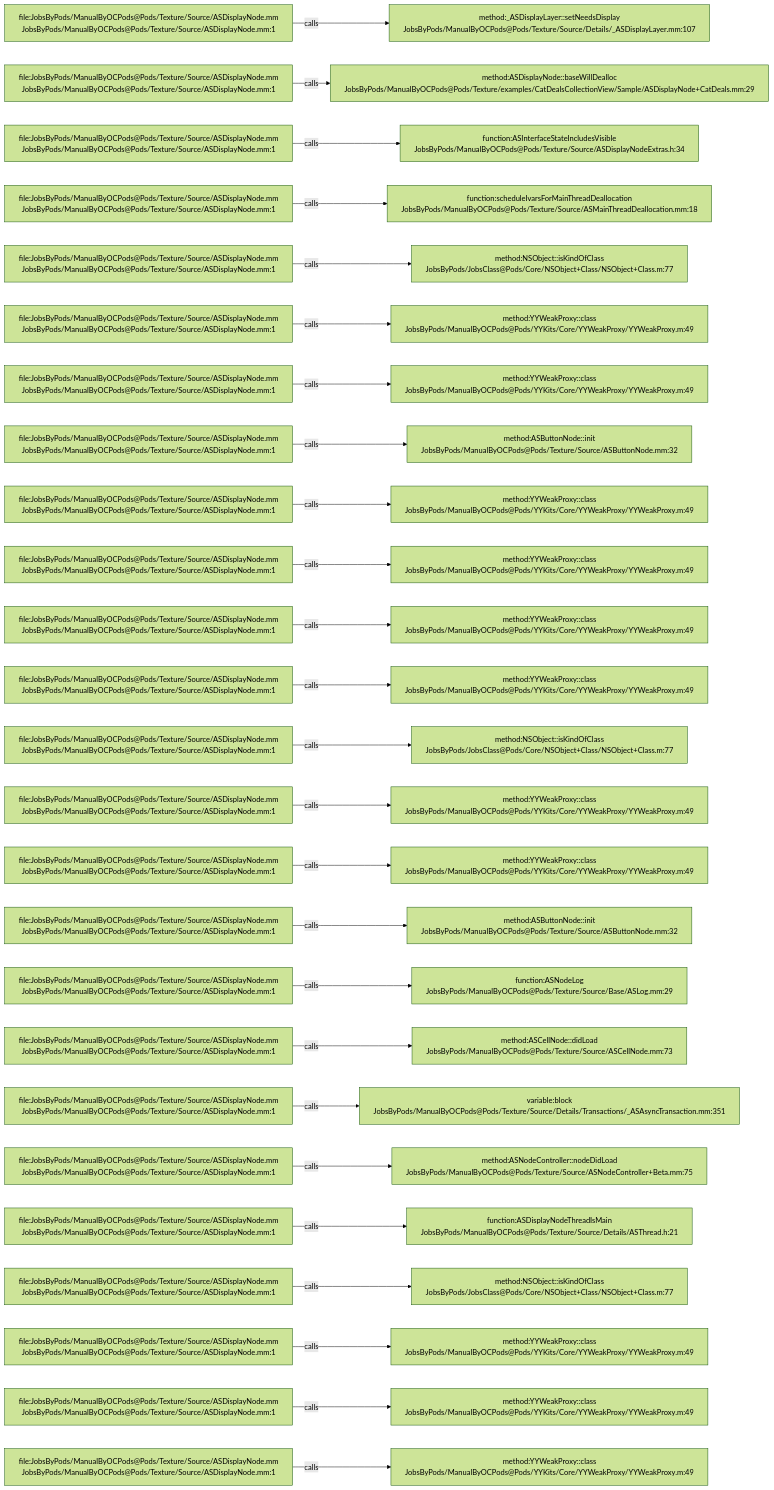
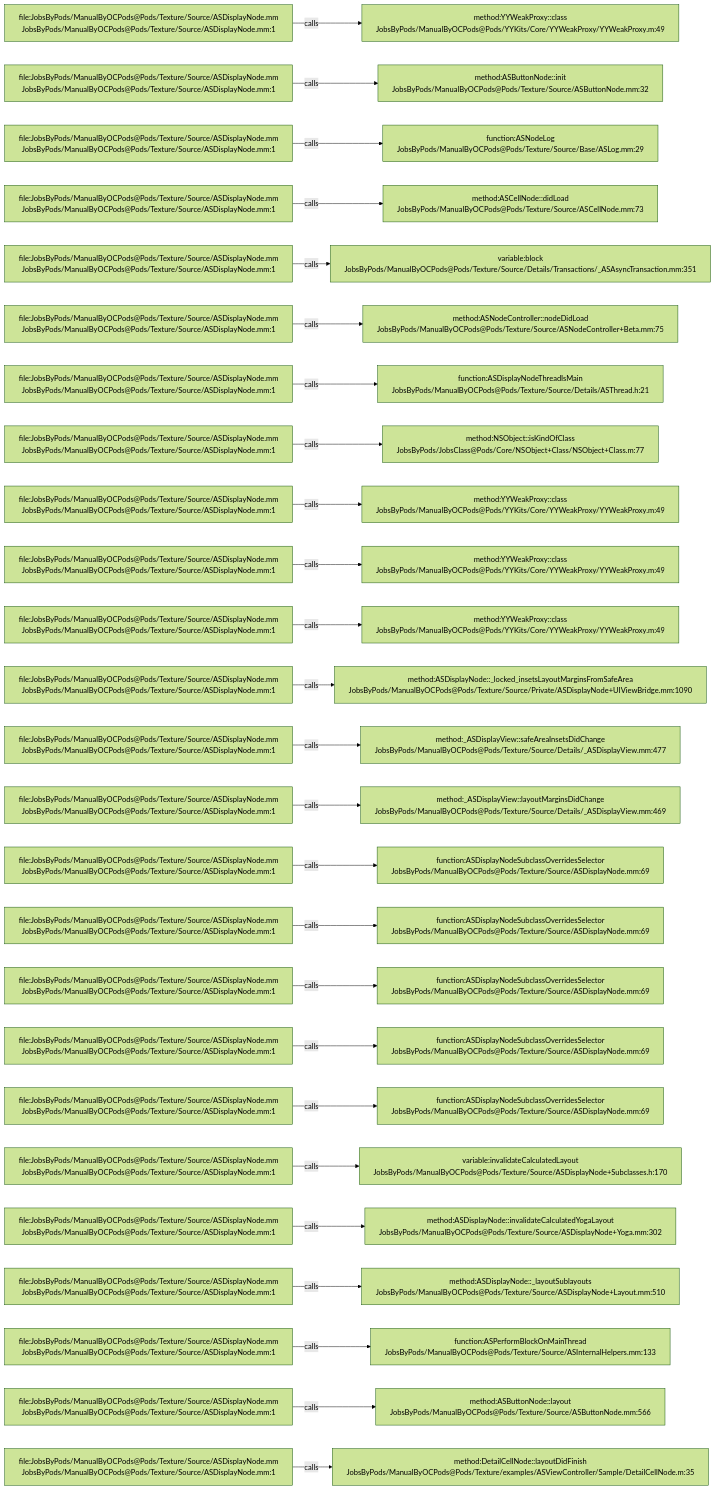
The diagram in .codegraph/codegraph.md/graphs/calls-099.md (JobsKits/JobsOCBaseConfigDemo), drawn with Mermaid (forest theme) before and after one commit. The commit also changed 296 other files, not shown here.

````diff
--- a/.codegraph/codegraph.md/graphs/calls-099.md
+++ b/.codegraph/codegraph.md/graphs/calls-099.md
@@ -13,78 +13,78 @@
 ```mermaid
 flowchart LR
   S1["file:JobsByPods/ManualByOCPods@Pods/Texture/Source/ASDisplayNode.mm<br/>JobsByPods/ManualByOCPods@Pods/Texture/Source/ASDisplayNode.mm:1"]
-  T1["method:_ASDisplayLayer::setNeedsDisplay<br/>JobsByPods/ManualByOCPods@Pods/Texture/Source/Details/_ASDisplayLayer.mm:107"]
+  T1["method:YYWeakProxy::class<br/>JobsByPods/ManualByOCPods@Pods/YYKits/Core/YYWeakProxy/YYWeakProxy.m:49"]
   S1 -->|calls| T1
   S2["file:JobsByPods/ManualByOCPods@Pods/Texture/Source/ASDisplayNode.mm<br/>JobsByPods/ManualByOCPods@Pods/Texture/Source/ASDisplayNode.mm:1"]
-  T2["method:ASDisplayNode::baseWillDealloc<br/>JobsByPods/ManualByOCPods@Pods/Texture/examples/CatDealsCollectionView/Sample/ASDisplayNode+CatDeals.mm:29"]
+  T2["method:ASButtonNode::init<br/>JobsByPods/ManualByOCPods@Pods/Texture/Source/ASButtonNode.mm:32"]
   S2 -->|calls| T2
   S3["file:JobsByPods/ManualByOCPods@Pods/Texture/Source/ASDisplayNode.mm<br/>JobsByPods/ManualByOCPods@Pods/Texture/Source/ASDisplayNode.mm:1"]
-  T3["function:ASInterfaceStateIncludesVisible<br/>JobsByPods/ManualByOCPods@Pods/Texture/Source/ASDisplayNodeExtras.h:34"]
+  T3["function:ASNodeLog<br/>JobsByPods/ManualByOCPods@Pods/Texture/Source/Base/ASLog.mm:29"]
   S3 -->|calls| T3
   S4["file:JobsByPods/ManualByOCPods@Pods/Texture/Source/ASDisplayNode.mm<br/>JobsByPods/ManualByOCPods@Pods/Texture/Source/ASDisplayNode.mm:1"]
-  T4["function:scheduleIvarsForMainThreadDeallocation<br/>JobsByPods/ManualByOCPods@Pods/Texture/Source/ASMainThreadDeallocation.mm:18"]
+  T4["method:ASCellNode::didLoad<br/>JobsByPods/ManualByOCPods@Pods/Texture/Source/ASCellNode.mm:73"]
   S4 -->|calls| T4
   S5["file:JobsByPods/ManualByOCPods@Pods/Texture/Source/ASDisplayNode.mm<br/>JobsByPods/ManualByOCPods@Pods/Texture/Source/ASDisplayNode.mm:1"]
-  T5["method:NSObject::isKindOfClass<br/>JobsByPods/JobsClass@Pods/Core/NSObject+Class/NSObject+Class.m:77"]
+  T5["variable:block<br/>JobsByPods/ManualByOCPods@Pods/Texture/Source/Details/Transactions/_ASAsyncTransaction.mm:351"]
   S5 -->|calls| T5
   S6["file:JobsByPods/ManualByOCPods@Pods/Texture/Source/ASDisplayNode.mm<br/>JobsByPods/ManualByOCPods@Pods/Texture/Source/ASDisplayNode.mm:1"]
-  T6["method:YYWeakProxy::class<br/>JobsByPods/ManualByOCPods@Pods/YYKits/Core/YYWeakProxy/YYWeakProxy.m:49"]
+  T6["method:ASNodeController::nodeDidLoad<br/>JobsByPods/ManualByOCPods@Pods/Texture/Source/ASNodeController+Beta.mm:75"]
   S6 -->|calls| T6
   S7["file:JobsByPods/ManualByOCPods@Pods/Texture/Source/ASDisplayNode.mm<br/>JobsByPods/ManualByOCPods@Pods/Texture/Source/ASDisplayNode.mm:1"]
-  T7["method:YYWeakProxy::class<br/>JobsByPods/ManualByOCPods@Pods/YYKits/Core/YYWeakProxy/YYWeakProxy.m:49"]
+  T7["function:ASDisplayNodeThreadIsMain<br/>JobsByPods/ManualByOCPods@Pods/Texture/Source/Details/ASThread.h:21"]
   S7 -->|calls| T7
   S8["file:JobsByPods/ManualByOCPods@Pods/Texture/Source/ASDisplayNode.mm<br/>JobsByPods/ManualByOCPods@Pods/Texture/Source/ASDisplayNode.mm:1"]
-  T8["method:ASButtonNode::init<br/>JobsByPods/ManualByOCPods@Pods/Texture/Source/ASButtonNode.mm:32"]
+  T8["method:NSObject::isKindOfClass<br/>JobsByPods/JobsClass@Pods/Core/NSObject+Class/NSObject+Class.m:77"]
   S8 -->|calls| T8
   S9["file:JobsByPods/ManualByOCPods@Pods/Texture/Source/ASDisplayNode.mm<br/>JobsByPods/ManualByOCPods@Pods/Texture/Source/ASDisplayNode.mm:1"]
   T9["method:YYWeakProxy::class<br/>JobsByPods/ManualByOCPods@Pods/YYKits/Core/YYWeakProxy/YYWeakProxy.m:49"]
   S9 -->|calls| T9
   S10["file:JobsByPods/ManualByOCPods@Pods/Texture/Source/ASDisplayNode.mm<br/>JobsByPods/ManualByOCPods@Pods/Texture/Source/ASDisplayNode.mm:1"]
   T10["method:YYWeakProxy::class<br/>JobsByPods/ManualByOCPods@Pods/YYKits/Core/YYWeakProxy/YYWeakProxy.m:49"]
   S10 -->|calls| T10
   S11["file:JobsByPods/ManualByOCPods@Pods/Texture/Source/ASDisplayNode.mm<br/>JobsByPods/ManualByOCPods@Pods/Texture/Source/ASDisplayNode.mm:1"]
   T11["method:YYWeakProxy::class<br/>JobsByPods/ManualByOCPods@Pods/YYKits/Core/YYWeakProxy/YYWeakProxy.m:49"]
   S11 -->|calls| T11
   S12["file:JobsByPods/ManualByOCPods@Pods/Texture/Source/ASDisplayNode.mm<br/>JobsByPods/ManualByOCPods@Pods/Texture/Source/ASDisplayNode.mm:1"]
-  T12["method:YYWeakProxy::class<br/>JobsByPods/ManualByOCPods@Pods/YYKits/Core/YYWeakProxy/YYWeakProxy.m:49"]
+  T12["method:ASDisplayNode::_locked_insetsLayoutMarginsFromSafeArea<br/>JobsByPods/ManualByOCPods@Pods/Texture/Source/Private/ASDisplayNode+UIViewBridge.mm:1090"]
   S12 -->|calls| T12
   S13["file:JobsByPods/ManualByOCPods@Pods/Texture/Source/ASDisplayNode.mm<br/>JobsByPods/ManualByOCPods@Pods/Texture/Source/ASDisplayNode.mm:1"]
-  T13["method:NSObject::isKindOfClass<br/>JobsByPods/JobsClass@Pods/Core/NSObject+Class/NSObject+Class.m:77"]
+  T13["method:_ASDisplayView::safeAreaInsetsDidChange<br/>JobsByPods/ManualByOCPods@Pods/Texture/Source/Details/_ASDisplayView.mm:477"]
   S13 -->|calls| T13
   S14["file:JobsByPods/ManualByOCPods@Pods/Texture/Source/ASDisplayNode.mm<br/>JobsByPods/ManualByOCPods@Pods/Texture/Source/ASDisplayNode.mm:1"]
-  T14["method:YYWeakProxy::class<br/>JobsByPods/ManualByOCPods@Pods/YYKits/Core/YYWeakProxy/YYWeakProxy.m:49"]
+  T14["method:_ASDisplayView::layoutMarginsDidChange<br/>JobsByPods/ManualByOCPods@Pods/Texture/Source/Details/_ASDisplayView.mm:469"]
   S14 -->|calls| T14
   S15["file:JobsByPods/ManualByOCPods@Pods/Texture/Source/ASDisplayNode.mm<br/>JobsByPods/ManualByOCPods@Pods/Texture/Source/ASDisplayNode.mm:1"]
-  T15["method:YYWeakProxy::class<br/>JobsByPods/ManualByOCPods@Pods/YYKits/Core/YYWeakProxy/YYWeakProxy.m:49"]
+  T15["function:ASDisplayNodeSubclassOverridesSelector<br/>JobsByPods/ManualByOCPods@Pods/Texture/Source/ASDisplayNode.mm:69"]
   S15 -->|calls| T15
   S16["file:JobsByPods/ManualByOCPods@Pods/Texture/Source/ASDisplayNode.mm<br/>JobsByPods/ManualByOCPods@Pods/Texture/Source/ASDisplayNode.mm:1"]
-  T16["method:ASButtonNode::init<br/>JobsByPods/ManualByOCPods@Pods/Texture/Source/ASButtonNode.mm:32"]
+  T16["function:ASDisplayNodeSubclassOverridesSelector<br/>JobsByPods/ManualByOCPods@Pods/Texture/Source/ASDisplayNode.mm:69"]
   S16 -->|calls| T16
   S17["file:JobsByPods/ManualByOCPods@Pods/Texture/Source/ASDisplayNode.mm<br/>JobsByPods/ManualByOCPods@Pods/Texture/Source/ASDisplayNode.mm:1"]
-  T17["function:ASNodeLog<br/>JobsByPods/ManualByOCPods@Pods/Texture/Source/Base/ASLog.mm:29"]
+  T17["function:ASDisplayNodeSubclassOverridesSelector<br/>JobsByPods/ManualByOCPods@Pods/Texture/Source/ASDisplayNode.mm:69"]
   S17 -->|calls| T17
   S18["file:JobsByPods/ManualByOCPods@Pods/Texture/Source/ASDisplayNode.mm<br/>JobsByPods/ManualByOCPods@Pods/Texture/Source/ASDisplayNode.mm:1"]
-  T18["method:ASCellNode::didLoad<br/>JobsByPods/ManualByOCPods@Pods/Texture/Source/ASCellNode.mm:73"]
+  T18["function:ASDisplayNodeSubclassOverridesSelector<br/>JobsByPods/ManualByOCPods@Pods/Texture/Source/ASDisplayNode.mm:69"]
   S18 -->|calls| T18
   S19["file:JobsByPods/ManualByOCPods@Pods/Texture/Source/ASDisplayNode.mm<br/>JobsByPods/ManualByOCPods@Pods/Texture/Source/ASDisplayNode.mm:1"]
-  T19["variable:block<br/>JobsByPods/ManualByOCPods@Pods/Texture/Source/Details/Transactions/_ASAsyncTransaction.mm:351"]
+  T19["function:ASDisplayNodeSubclassOverridesSelector<br/>JobsByPods/ManualByOCPods@Pods/Texture/Source/ASDisplayNode.mm:69"]
   S19 -->|calls| T19
   S20["file:JobsByPods/ManualByOCPods@Pods/Texture/Source/ASDisplayNode.mm<br/>JobsByPods/ManualByOCPods@Pods/Texture/Source/ASDisplayNode.mm:1"]
-  T20["method:ASNodeController::nodeDidLoad<br/>JobsByPods/ManualByOCPods@Pods/Texture/Source/ASNodeController+Beta.mm:75"]
+  T20["variable:invalidateCalculatedLayout<br/>JobsByPods/ManualByOCPods@Pods/Texture/Source/ASDisplayNode+Subclasses.h:170"]
   S20 -->|calls| T20
   S21["file:JobsByPods/ManualByOCPods@Pods/Texture/Source/ASDisplayNode.mm<br/>JobsByPods/ManualByOCPods@Pods/Texture/Source/ASDisplayNode.mm:1"]
-  T21["function:ASDisplayNodeThreadIsMain<br/>JobsByPods/ManualByOCPods@Pods/Texture/Source/Details/ASThread.h:21"]
+  T21["method:ASDisplayNode::invalidateCalculatedYogaLayout<br/>JobsByPods/ManualByOCPods@Pods/Texture/Source/ASDisplayNode+Yoga.mm:302"]
   S21 -->|calls| T21
   S22["file:JobsByPods/ManualByOCPods@Pods/Texture/Source/ASDisplayNode.mm<br/>JobsByPods/ManualByOCPods@Pods/Texture/Source/ASDisplayNode.mm:1"]
-  T22["method:NSObject::isKindOfClass<br/>JobsByPods/JobsClass@Pods/Core/NSObject+Class/NSObject+Class.m:77"]
+  T22["method:ASDisplayNode::_layoutSublayouts<br/>JobsByPods/ManualByOCPods@Pods/Texture/Source/ASDisplayNode+Layout.mm:510"]
   S22 -->|calls| T22
   S23["file:JobsByPods/ManualByOCPods@Pods/Texture/Source/ASDisplayNode.mm<br/>JobsByPods/ManualByOCPods@Pods/Texture/Source/ASDisplayNode.mm:1"]
-  T23["method:YYWeakProxy::class<br/>JobsByPods/ManualByOCPods@Pods/YYKits/Core/YYWeakProxy/YYWeakProxy.m:49"]
+  T23["function:ASPerformBlockOnMainThread<br/>JobsByPods/ManualByOCPods@Pods/Texture/Source/ASInternalHelpers.mm:133"]
   S23 -->|calls| T23
   S24["file:JobsByPods/ManualByOCPods@Pods/Texture/Source/ASDisplayNode.mm<br/>JobsByPods/ManualByOCPods@Pods/Texture/Source/ASDisplayNode.mm:1"]
-  T24["method:YYWeakProxy::class<br/>JobsByPods/ManualByOCPods@Pods/YYKits/Core/YYWeakProxy/YYWeakProxy.m:49"]
+  T24["method:ASButtonNode::layout<br/>JobsByPods/ManualByOCPods@Pods/Texture/Source/ASButtonNode.mm:566"]
   S24 -->|calls| T24
   S25["file:JobsByPods/ManualByOCPods@Pods/Texture/Source/ASDisplayNode.mm<br/>JobsByPods/ManualByOCPods@Pods/Texture/Source/ASDisplayNode.mm:1"]
-  T25["method:YYWeakProxy::class<br/>JobsByPods/ManualByOCPods@Pods/YYKits/Core/YYWeakProxy/YYWeakProxy.m:49"]
+  T25["method:DetailCellNode::layoutDidFinish<br/>JobsByPods/ManualByOCPods@Pods/Texture/examples/ASViewController/Sample/DetailCellNode.m:35"]
   S25 -->|calls| T25
 ```
````
